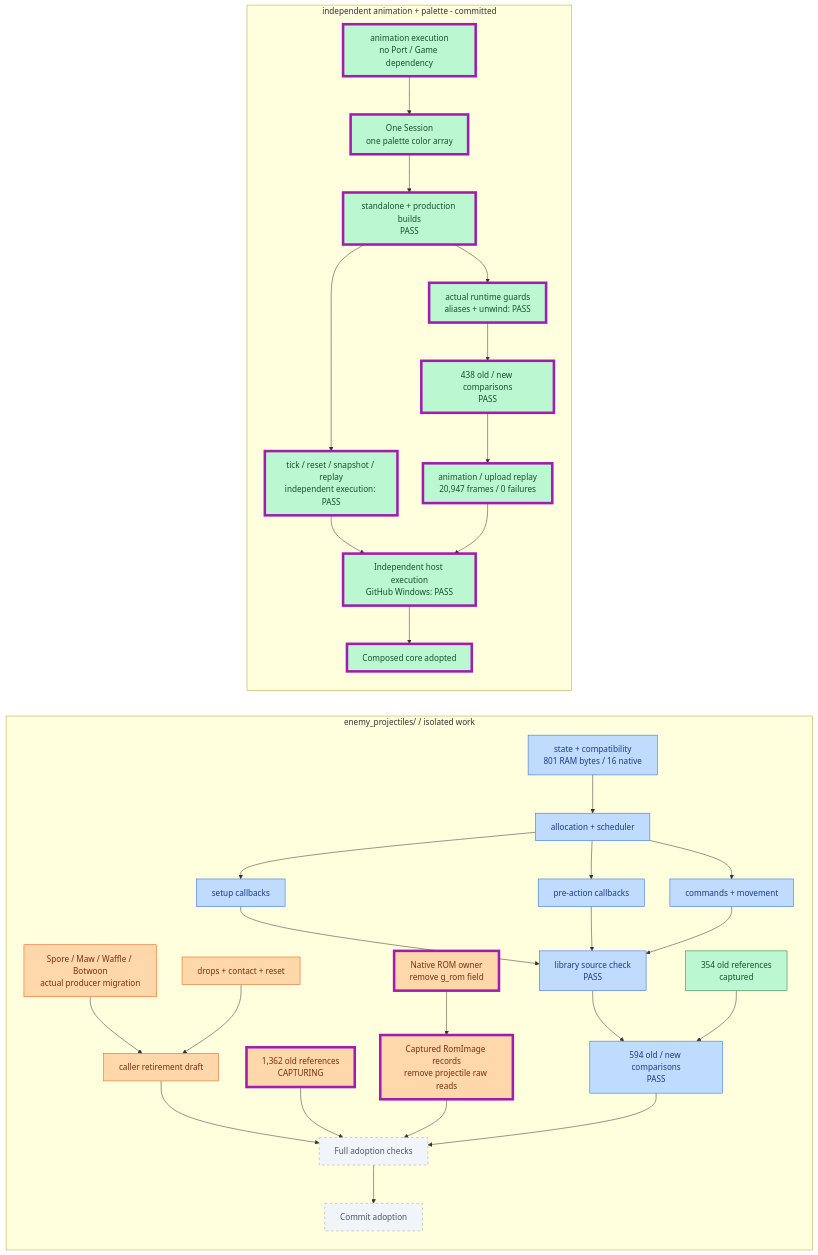
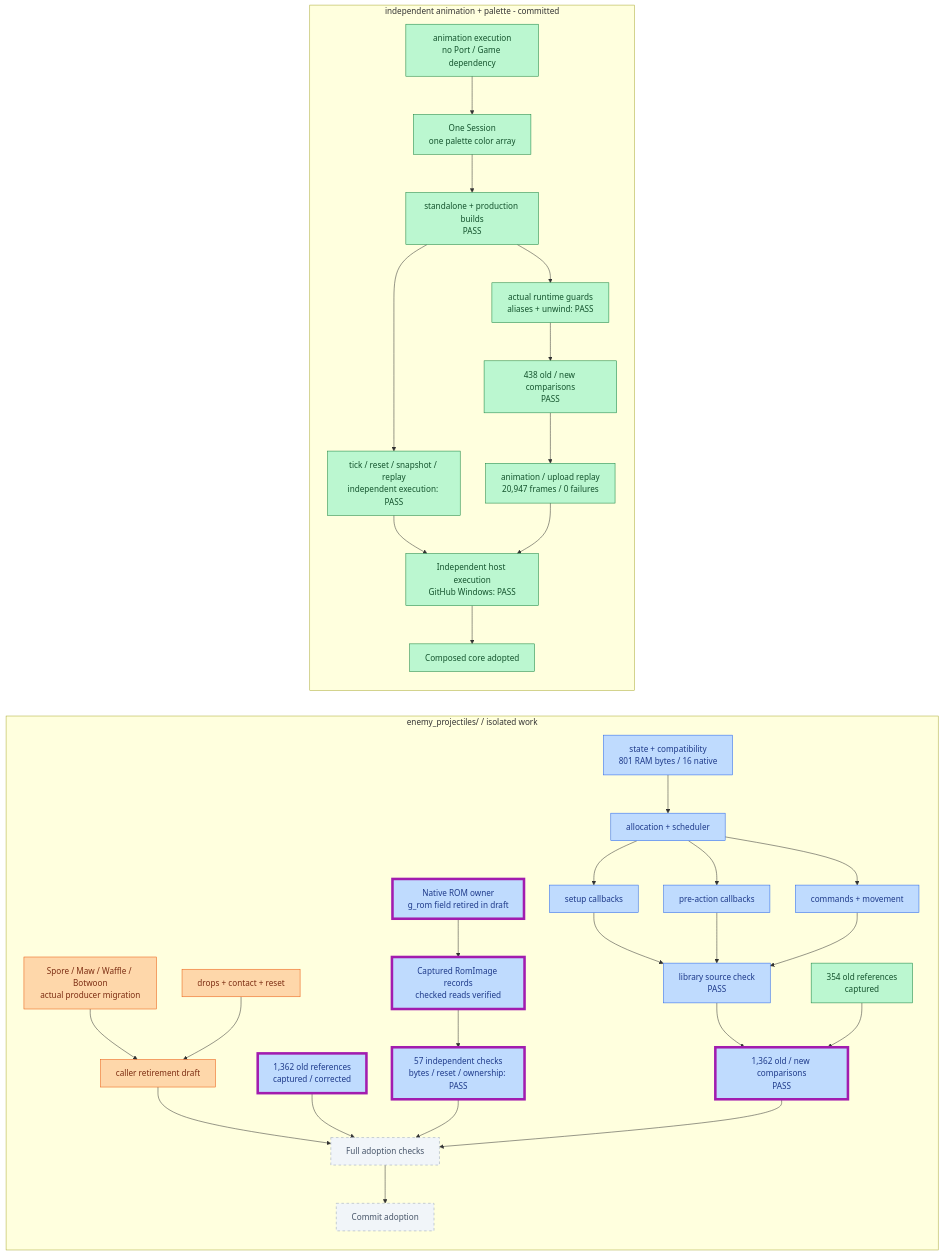
The third of 3 diagrams in PROGRESS.md (JimLundin/sm-decomp), drawn with Mermaid before and after one commit. The commit also changed other lines of this file and 1 other file, not shown here.

Commit message:
Show verified enemy-projectile draft steps; 1362 comparisons and 57 checks pass
Documentation only. Record exact candidate/reference lineage and corrected four respawn fixtures; keep adoption pending. Graph colors distinguish isolated checked code from main delivery. Static diff checks pass; runtime counters unchanged by this documentation commit.

````diff
--- a/PROGRESS.md
+++ b/PROGRESS.md
@@ -78,41 +78,42 @@
 ```mermaid
 flowchart LR
     subgraph enemy["enemy_projectiles/ / isolated work"]
         direction TB
         ES["state + compatibility<br/>801 RAM bytes / 16 native"]:::checked --> EL["allocation + scheduler"]:::checked
         EL --> SETUP["setup callbacks"]:::checked
         EL --> PRE["pre-action callbacks"]:::checked
         EL --> CMD["commands + movement"]:::checked
         SETUP --> EC["library source check<br/>PASS"]:::checked
         PRE --> EC
         CMD --> EC
         ATT["Spore / Maw / Waffle / Botwoon<br/>actual producer migration"]:::active --> CALL["caller retirement draft"]:::active
         DROP["drops + contact + reset"]:::active --> CALL
         CALL --> FULL["Full adoption checks"]:::pending
-        EC --> CORE["594 old / new comparisons<br/>PASS"]:::checked
+        EC --> CORE["1,362 old / new comparisons<br/>PASS"]:::checked
         OLD["354 old references<br/>captured"]:::done --> CORE
-        MORE["1,362 old references<br/>CAPTURING"]:::active --> FULL
-        ROM["Native ROM owner<br/>remove g_rom field"]:::active --> RECORD["Captured RomImage records<br/>remove projectile raw reads"]:::active
-        RECORD --> FULL
+        MORE["1,362 old references<br/>captured / corrected"]:::checked --> FULL
+        ROM["Native ROM owner<br/>g_rom field retired in draft"]:::checked --> RECORD["Captured RomImage records<br/>checked reads verified"]:::checked
+        RECORD --> QUAL["57 independent checks<br/>bytes / reset / ownership: PASS"]:::checked
+        QUAL --> FULL
         CORE --> FULL
         FULL --> ECOMMIT["Commit adoption"]:::pending
     end
     subgraph composition["independent animation + palette - committed"]
         direction TB
         HOST["animation execution<br/>no Port / Game dependency"]:::done --> ONE["One Session<br/>one palette color array"]:::done
         ONE --> BUILD["standalone + production builds<br/>PASS"]:::done
         BUILD --> GUARD["actual runtime guards<br/>aliases + unwind: PASS"]:::done
         GUARD --> REF["438 old / new comparisons<br/>PASS"]:::done
         REF --> MOVIE["animation / upload replay<br/>20,947 frames / 0 failures"]:::done
         BUILD --> REPLAY["tick / reset / snapshot / replay<br/>independent execution: PASS"]:::done
         REPLAY --> CI["Independent host execution<br/>GitHub Windows: PASS"]:::done
         MOVIE --> CI
         CI --> CCOMMIT["Composed core adopted"]:::done
     end
     classDef done fill:#bbf7d0,stroke:#15803d,color:#14532d
     classDef checked fill:#bfdbfe,stroke:#2563eb,color:#1e3a8a
     classDef active fill:#fed7aa,stroke:#ea580c,color:#7c2d12
     classDef pending fill:#f1f5f9,stroke:#94a3b8,color:#475569,stroke-dasharray:5 5
     classDef changed stroke:#a21caf,stroke-width:5px
-    class HOST,ONE,BUILD,GUARD,REF,MOVIE,REPLAY,CI,CCOMMIT,MORE,ROM,RECORD changed
+    class CORE,MORE,ROM,RECORD,QUAL changed
 ```
````
